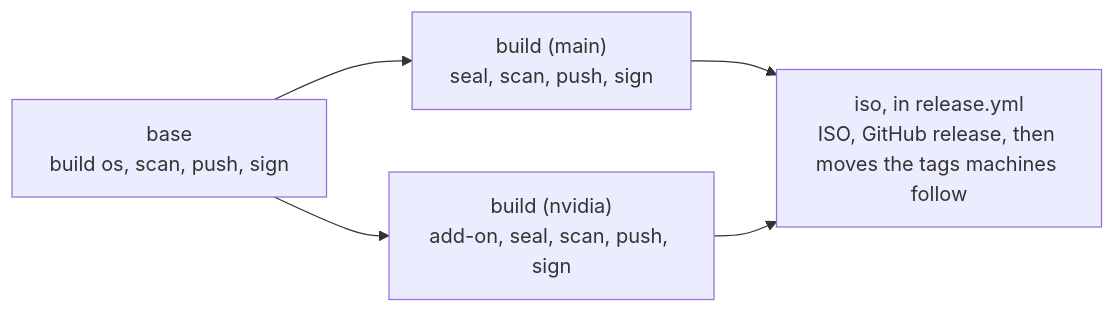
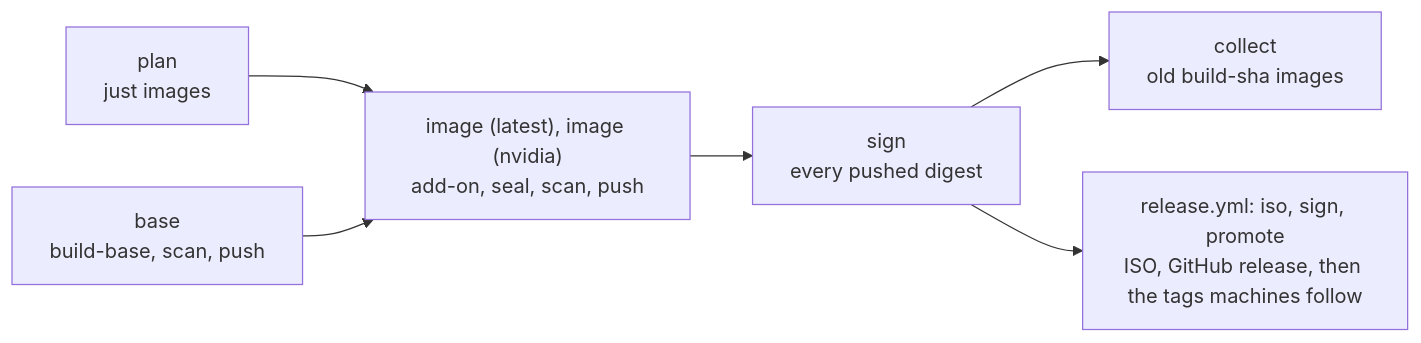
One commit to LucaRickli/dotfiles changed the second of 2 diagrams in docs/architecture/build.md. Above: the diagram before and after it, drawn with Mermaid. The commit also changed other lines of this file and 74 other files, not shown here.

````diff
--- a/docs/architecture/build.md
+++ b/docs/architecture/build.md
@@ -153,7 +170,8 @@
 ```mermaid
 flowchart LR
-    b["base<br/>build os, scan, push, sign"] --> m["build (main)<br/>seal, scan, push, sign"]
-    b --> n["build (nvidia)<br/>add-on, seal, scan, push, sign"]
-    m --> r["iso, in release.yml<br/>ISO, GitHub release, then moves the tags machines follow"]
-    n --> r
+    p["plan<br/>just images"] --> i["image (latest), image (nvidia)<br/>add-on, seal, scan, push"]
+    b["base<br/>build-base, scan, push"] --> i
+    i --> s["sign<br/>every pushed digest"]
+    s --> c["collect<br/>old build-sha images"]
+    s --> r["release.yml: iso, sign, promote<br/>ISO, GitHub release, then the tags machines follow"]
 ```
````
